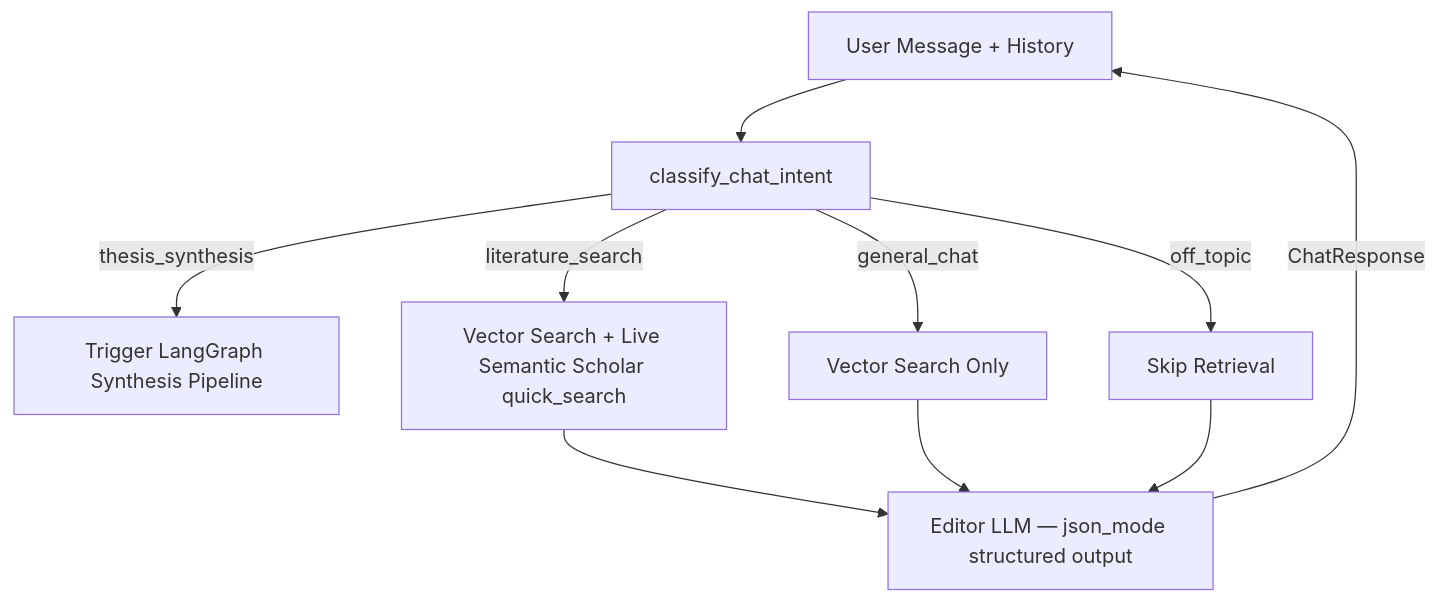
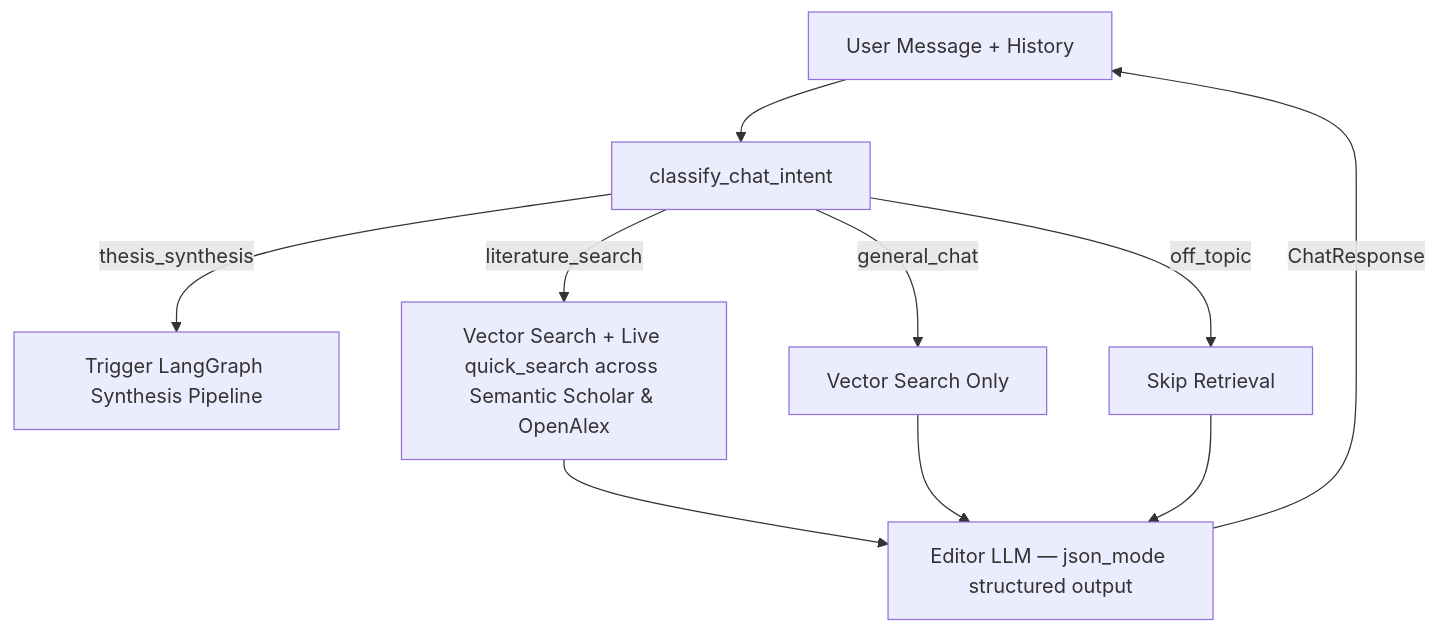
Before and after one commit to Emmanuelayeni3000/Luminathesis_backend: the second of 2 diagrams in README.md, drawn with Mermaid. The commit also changed other lines of this file and 2 other files, not shown here.

````diff
--- a/README.md
+++ b/README.md
@@ -47,12 +47,12 @@
 ```mermaid
 graph TD
   A[User Message + History] --> B[classify_chat_intent]
   B -->|thesis_synthesis| C[Trigger LangGraph Synthesis Pipeline]
-  B -->|literature_search| D[Vector Search + Live Semantic Scholar quick_search]
+  B -->|literature_search| D[Vector Search + Live quick_search across Semantic Scholar & OpenAlex]
   B -->|general_chat| E[Vector Search Only]
   B -->|off_topic| F[Skip Retrieval]
   D --> G[Editor LLM — json_mode structured output]
   E --> G
   F --> G
   G -->|ChatResponse| A
 ```
````
